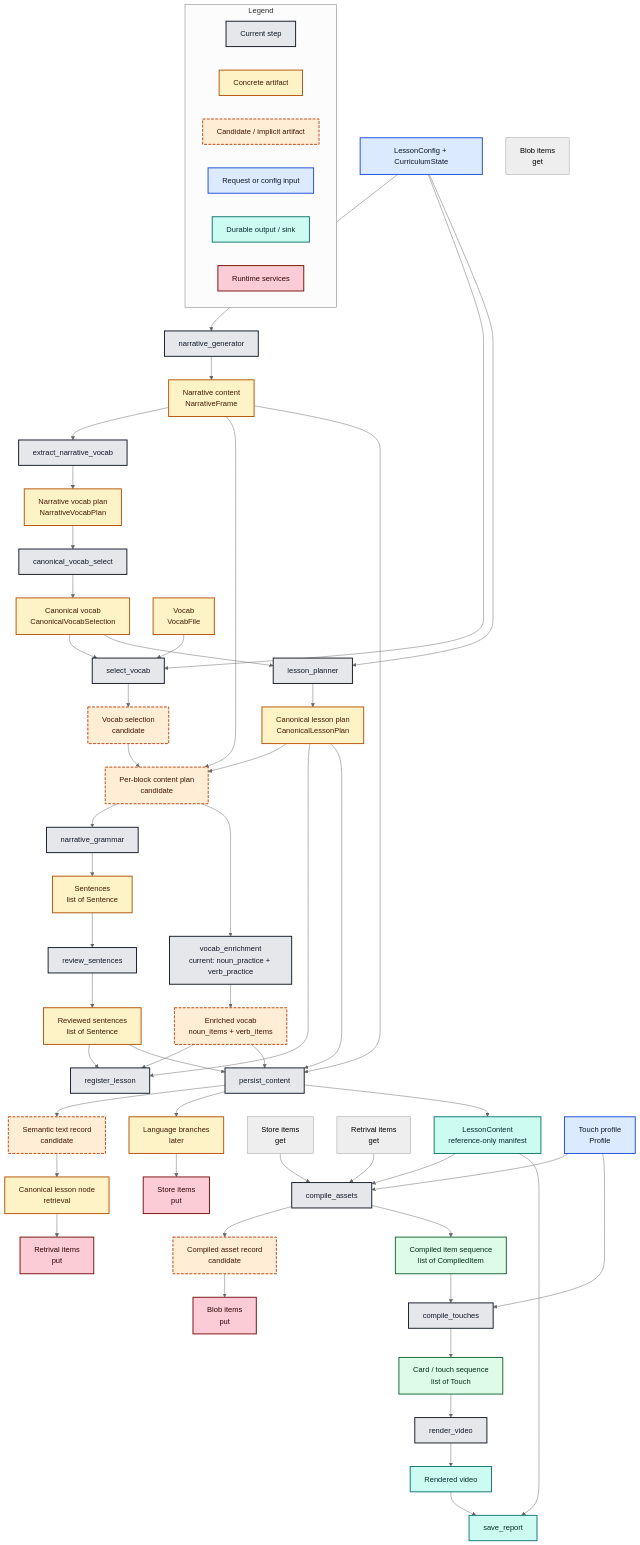
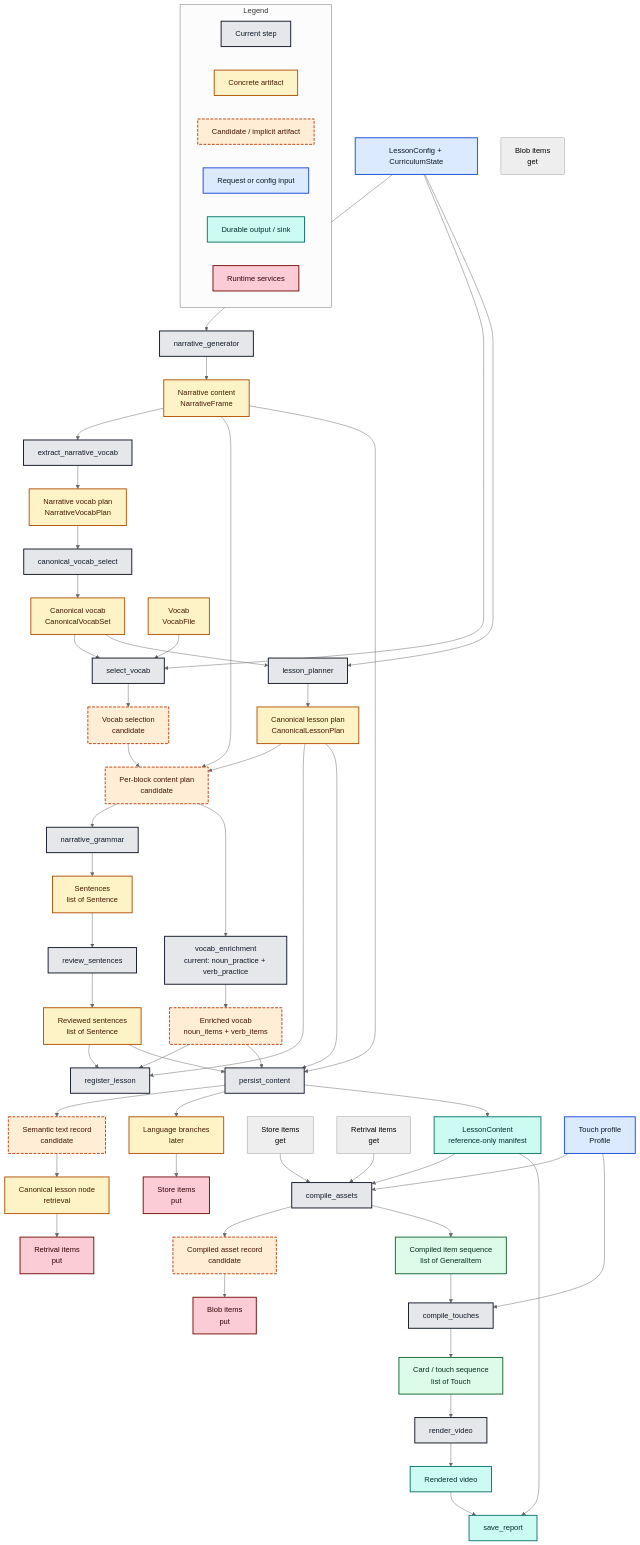
Before and after one commit to Scherlac/JapaneseLessons: the diagram in docs/pipeline/README.md, drawn with Mermaid (neutral theme). The commit also changed other lines of this file and 25 other files, not shown here.

First line of the commit message:
Refactor vocabulary and item sequence handling in pipeline steps

```diff
--- a/docs/pipeline/README.md
+++ b/docs/pipeline/README.md
@@ -427,7 +427,7 @@
     ExtractVocab[extract_narrative_vocab]
     NarrativePlan["Narrative vocab plan<br/>NarrativeVocabPlan"]
     CanonicalSelect[canonical_vocab_select]
-    CanonicalVocab["Canonical vocab<br/>CanonicalVocabSelection"]
+    CanonicalVocab["Canonical vocab<br/>CanonicalVocabSet"]
     VocabFile["Vocab<br/>VocabFile"]
     SelectVocab[select_vocab]
     VocabSelection["Vocab selection<br/>candidate"]
@@ -458,7 +458,7 @@
     Profile["Touch profile<br/>Profile"]
     CompileAssets[compile_assets]
     CompiledAssetRecord["Compiled asset record<br/>candidate"]
-    CompiledItems["Compiled item sequence<br/>list of CompiledItem"]
+    GeneralItems["Compiled item sequence<br/>list of GeneralItem"]
     CompileTouches[compile_touches]
     Touches["Card / touch sequence<br/>list of Touch"]
     RenderVideo[render_video]
@@ -522,10 +522,10 @@
     DatabaseStoreGet --> CompileAssets
 
     CompileAssets --> CompiledAssetRecord
-    CompileAssets --> CompiledItems
+    CompileAssets --> GeneralItems
 
     CompiledAssetRecord --> BlobStorePut
-    CompiledItems --> CompileTouches
+    GeneralItems --> CompileTouches
     Profile --> CompileTouches
     CompileTouches --> Touches
     Touches --> RenderVideo
@@ -544,9 +544,9 @@
 
     class Request,Profile request
     class NarrativeGen,ExtractVocab,CanonicalSelect,SelectVocab,LessonPlanner,SentenceGen,Review,VocabEnrichment,Register,Persist,CompileAssets,CompileTouches,RenderVideo,SaveReport step
-    class NarrativeFrame,NarrativePlan,CanonicalVocab,VocabFile,CanonicalPlan,Sentences,ReviewedSentences,LessonContent,CompiledItems,Touches,Video,CanonicalNode,LanguageBranches artifact
+    class NarrativeFrame,NarrativePlan,CanonicalVocab,VocabFile,CanonicalPlan,Sentences,ReviewedSentences,LessonContent,GeneralItems,Touches,Video,CanonicalNode,LanguageBranches artifact
     class VocabSelection,BlockPlan,EnrichedVocab,SemanticText,CanonicalSemantic,CompiledAssetRecord candidate
-    class CompiledItems,Touches,Video render
+    class GeneralItems,Touches,Video render
     class VectorStorePut,DatabaseStorePut,BlobStorePut runtime
     class LessonContent,Video,SaveReport sink
     class LegendStep step
```
